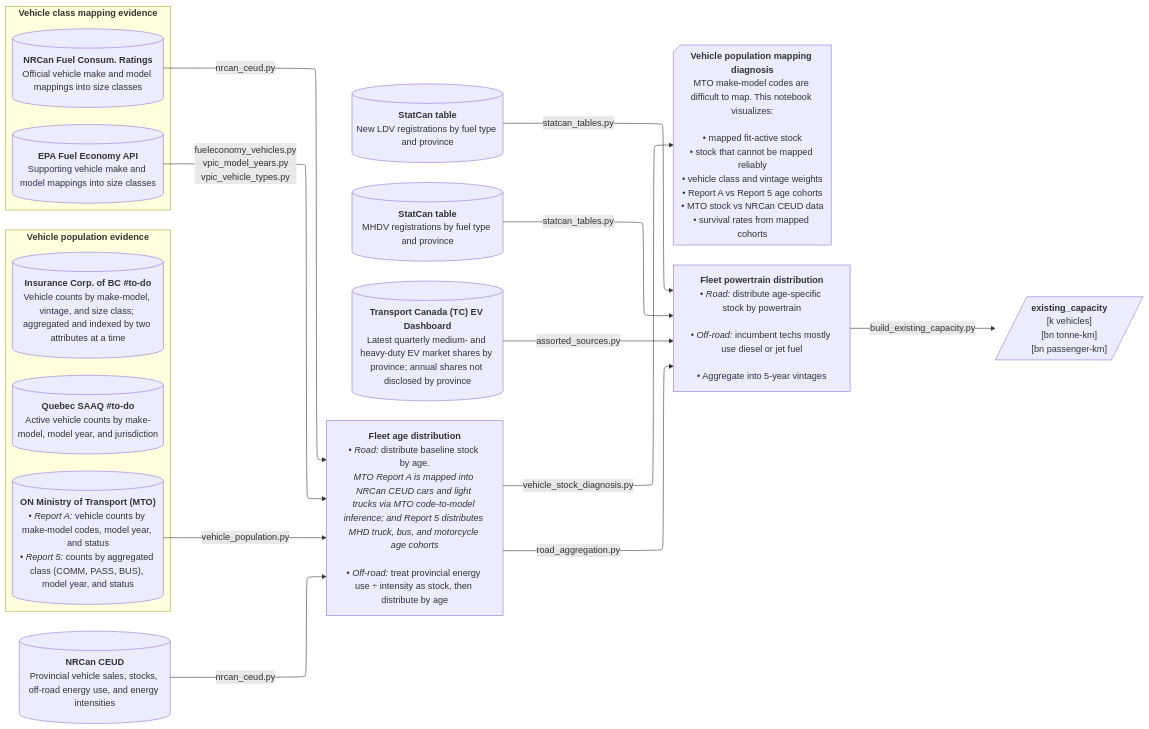
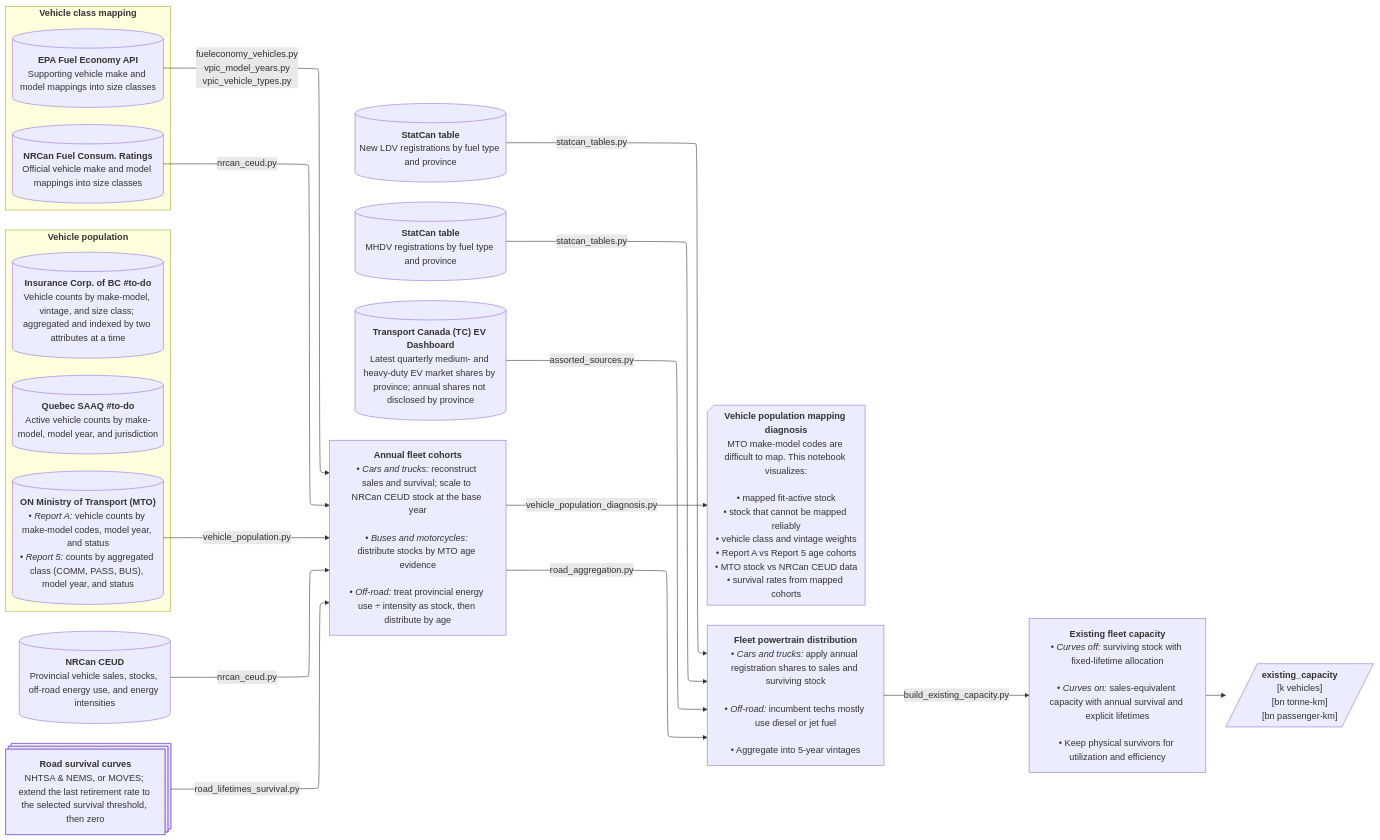
The second of 12 diagrams in docs/etl_flowcharts.md (CANOE-main/canoe-transportation), drawn with Mermaid before and after one commit. The commit also changed other lines of this file and 198 other files, not shown here.

First line of the commit message:
Refactor road utilization tests and enhance stock input handling

```diff
--- a/docs/etl_flowcharts.md
+++ b/docs/etl_flowcharts.md
@@ -85,7 +85,7 @@
   s0[("`**NRCan CEUD**
     Provincial vehicle sales, stocks, off-road energy use, and energy intensities`")]
 
-  subgraph expansion["`**Vehicle population evidence**`"]
+  subgraph expansion["`**Vehicle population**`"]
     direction LR
     s1[("`**ON Ministry of Transport (MTO)**
       • *Report A:* vehicle counts by make-model codes, model year, and status
@@ -96,7 +96,7 @@
       Vehicle counts by make-model, vintage, and size class; aggregated and indexed by two attributes at a time`")]
   end
 
-  subgraph classes["`**Vehicle class mapping evidence**`"]
+  subgraph classes["`**Vehicle class mapping**`"]
     s1_2[("`**NRCan Fuel Consum. Ratings**
       Official vehicle make and model mappings into size classes`")]
     s1_3[("`**EPA Fuel Economy API**
@@ -111,9 +111,10 @@
     Latest quarterly medium- and heavy-duty EV market shares by province; annual shares not disclosed by province`")]
 
   %% ############ Processes ###########
-  p1["`**Fleet age distribution**
-    • *Road:* distribute baseline stock by age.
-    *MTO Report A is mapped into NRCan CEUD cars and light trucks via MTO code-to-model inference; and Report 5 distributes MHD truck, bus, and motorcycle age cohorts*<br>
+  %% #to-review: Updated production cohort preparation.
+  p1["`**Annual fleet cohorts**
+    • *Cars and trucks:* reconstruct sales and survival; scale to NRCan CEUD stock at the base year<br>
+    • *Buses and motorcycles:* distribute stocks by MTO age evidence<br>
     • *Off-road:* treat provincial energy use ÷ intensity as stock, then distribute by age`"]
 
   p1_2@{shape: notch-rect, label: "**Vehicle population mapping diagnosis**
@@ -124,7 +125,7 @@
     • Report A vs Report 5 age cohorts
     • MTO stock vs NRCan CEUD data
     • survival rates from mapped cohorts"}
-  p1 -- vehicle_stock_diagnosis.py --> p1_2
+  p1 -- vehicle_population_diagnosis.py --> p1_2
   s0 -- nrcan_ceud.py --> p1
   s1 -- vehicle_population.py --> p1
   s1_2 -- nrcan_ceud.py --> p1
@@ -132,8 +133,9 @@
   vpic_model_years.py
   vpic_vehicle_types.py --> p1
 
+  %% #to-review: Preserve annual powertrain allocation in both lifetime modes.
   p2["`**Fleet powertrain distribution**
-    • *Road:* distribute age-specific stock by powertrain<br>
+    • *Cars and trucks:* apply annual registration shares to sales and surviving stock<br>
     • *Off-road:* incumbent techs mostly use diesel or jet fuel<br>
     • Aggregate into 5-year vintages`"]
   p1 -- road_aggregation.py --> p2
@@ -141,7 +143,16 @@
   s5 -- statcan_tables.py --> p2
   s6 -- assorted_sources.py --> p2
 
-  p2 -- build_existing_capacity.py --> o1[/"`**existing_capacity**
+  %% #to-review: Shared source-tail rule and capacity basis.
+  s7@{shape: processes, label: "**Road survival curves**
+    NHTSA & NEMS, or MOVES; extend the last retirement rate to the selected survival threshold, then zero"}
+  s7 -- road_lifetimes_survival.py --> p1
+
+  p3["`**Existing fleet capacity**
+    • *Curves off:* surviving stock with fixed-lifetime allocation<br>
+    • *Curves on:* sales-equivalent capacity with annual survival and explicit lifetimes<br>
+    • Keep physical survivors for utilization and efficiency`"]
+  p2 -- build_existing_capacity.py --> p3 --> o1[/"`**existing_capacity**
     [k vehicles]
     [bn tonne-km]
     [bn passenger-km]`"/]
```
